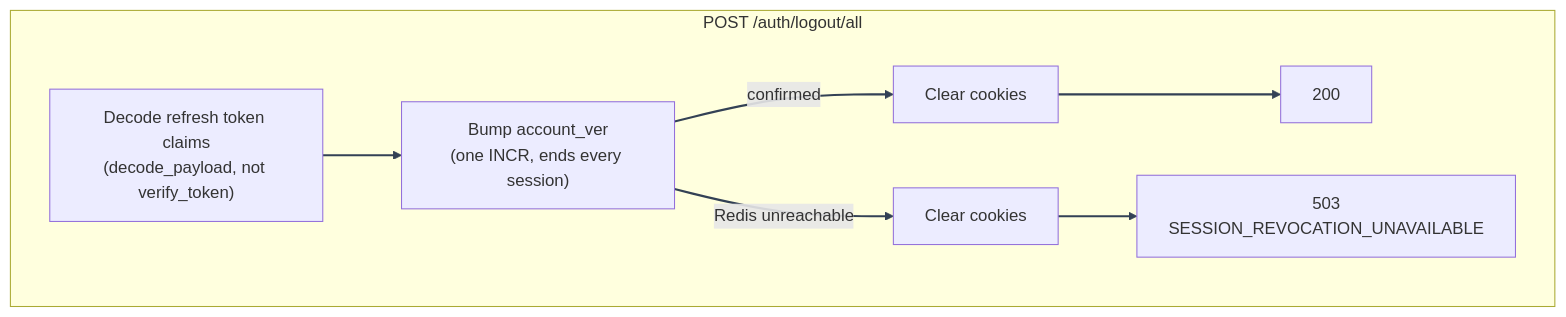
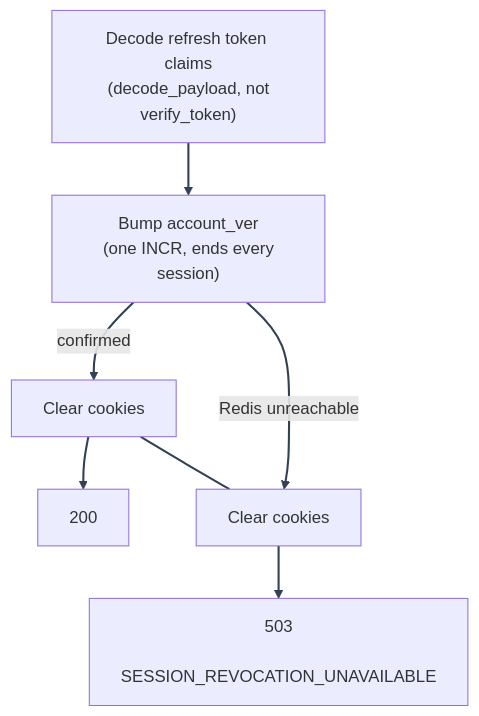
The second of 2 diagrams in docs/mystic_auth/authentication/logout.md (Nachiket-2024/mystic-auth), drawn with Mermaid before and after one commit. The commit also changed other lines of this file and 708 other files, not shown here.

````diff
--- a/docs/mystic_auth/authentication/logout.md
+++ b/docs/mystic_auth/authentication/logout.md
@@ -40,12 +41,11 @@
 ```mermaid
 %%{init: {"themeVariables": {"lineColor": "#334155"}} }%%
 flowchart TD
-    subgraph LogoutAll["POST /auth/logout/all"]
-        A1["Decode refresh token claims\n(decode_payload, not verify_token)"] --> A2["Bump account_ver\n(one INCR, ends every session)"]
-        A2 -->|confirmed| A3["Clear cookies"]
-        A3 --> A4["200"]
-        A2 -->|Redis unreachable| A5["Clear cookies"]
-        A5 --> A6["503\nSESSION_REVOCATION_UNAVAILABLE"]
-    end
+    A1["Decode refresh token claims\n (decode_payload, not verify_token)"] --> A2["Bump account_ver\n (one INCR, ends every session)"]
+    A2 -->|confirmed| A3["Clear cookies"]
+    A3 --> A4["200"]
+    A3 ~~~ A5
+    A2 -->|Redis unreachable| A5["Clear cookies"]
+    A5 --> A6["503\n SESSION_REVOCATION_UNAVAILABLE"]
     linkStyle default stroke:#334155,stroke-width:2px
 ```
````
